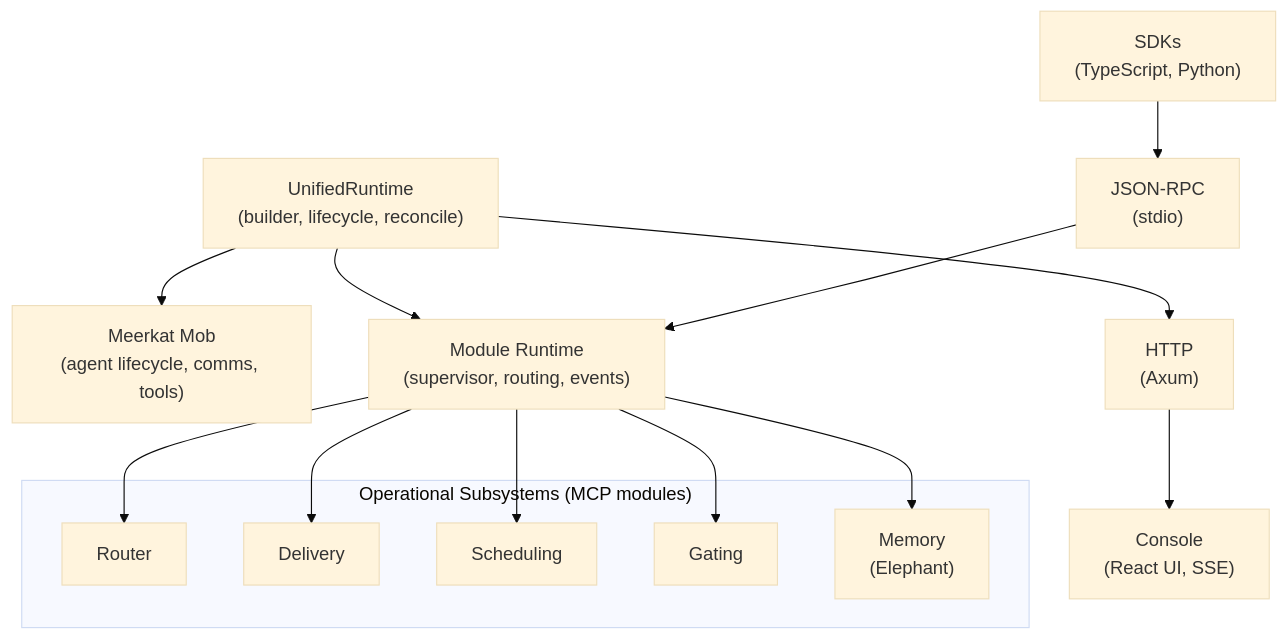
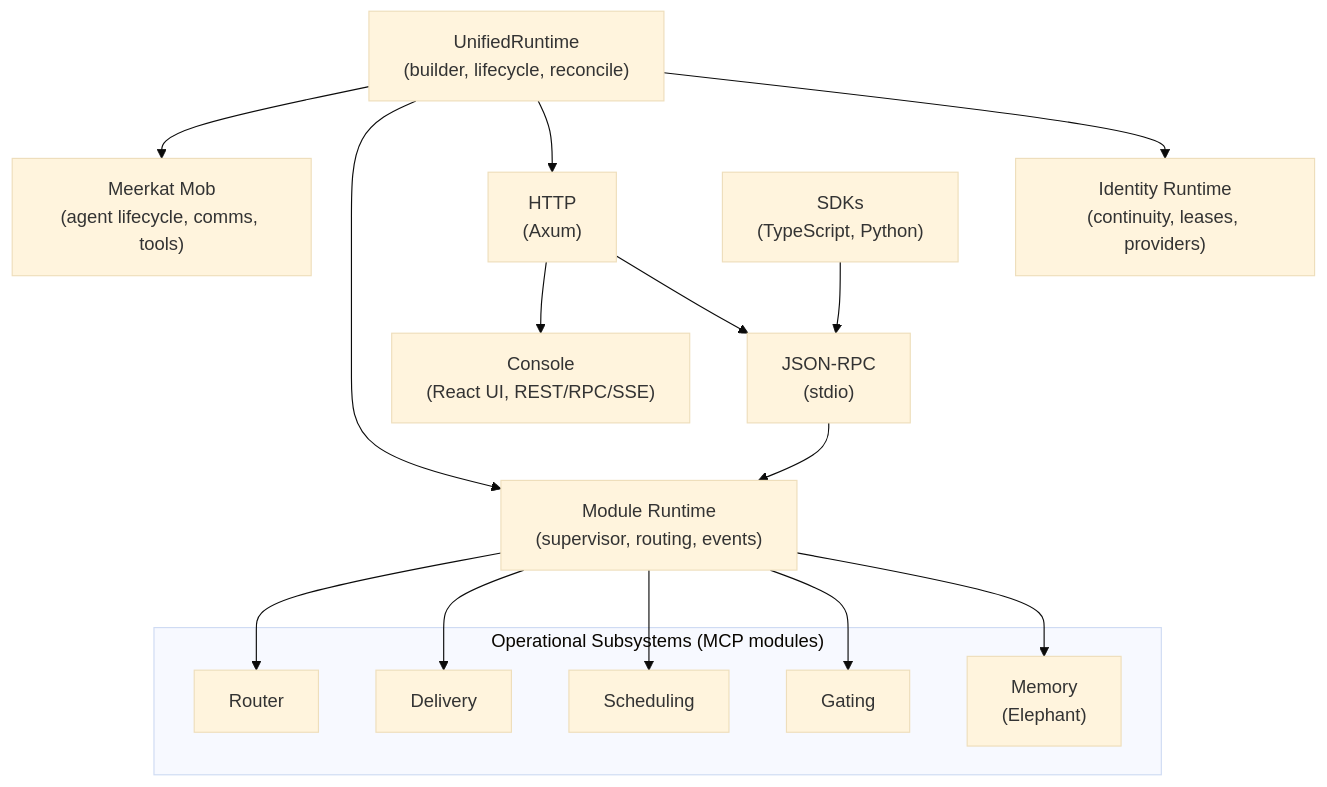
One commit to lukacf/meerkat-mobkit changed the first of 2 diagrams in docs/reference/architecture.mdx. Above: the diagram before and after it, drawn with Mermaid (base theme). The commit also changed other lines of this file and 13 other files, not shown here.

````diff
--- a/docs/reference/architecture.mdx
+++ b/docs/reference/architecture.mdx
@@ -18,33 +18,36 @@
 ```mermaid
 graph TD
     MOB["Meerkat Mob<br/>(agent lifecycle, comms, tools)"]
     UNIFIED["UnifiedRuntime<br/>(builder, lifecycle, reconcile)"]
     MODULES["Module Runtime<br/>(supervisor, routing, events)"]
-    CONSOLE["Console<br/>(React UI, SSE)"]
+    CONSOLE["Console<br/>(React UI, REST/RPC/SSE)"]
+    IDENTITY["Identity Runtime<br/>(continuity, leases, providers)"]
 
     subgraph subsystems["Operational Subsystems (MCP modules)"]
         ROUTER["Router"]
         DELIVERY["Delivery"]
         SCHEDULING["Scheduling"]
         GATING["Gating"]
         MEMORY["Memory<br/>(Elephant)"]
     end
 
     RPC["JSON-RPC<br/>(stdio)"]
     HTTP["HTTP<br/>(Axum)"]
     SDKs["SDKs<br/>(TypeScript, Python)"]
 
     UNIFIED --> MOB
     UNIFIED --> MODULES
     UNIFIED --> HTTP
+    UNIFIED --> IDENTITY
 
     MODULES --> ROUTER
     MODULES --> DELIVERY
     MODULES --> SCHEDULING
     MODULES --> GATING
     MODULES --> MEMORY
 
     HTTP --> CONSOLE
     RPC --> MODULES
     SDKs --> RPC
+    HTTP --> RPC
 ```
````
